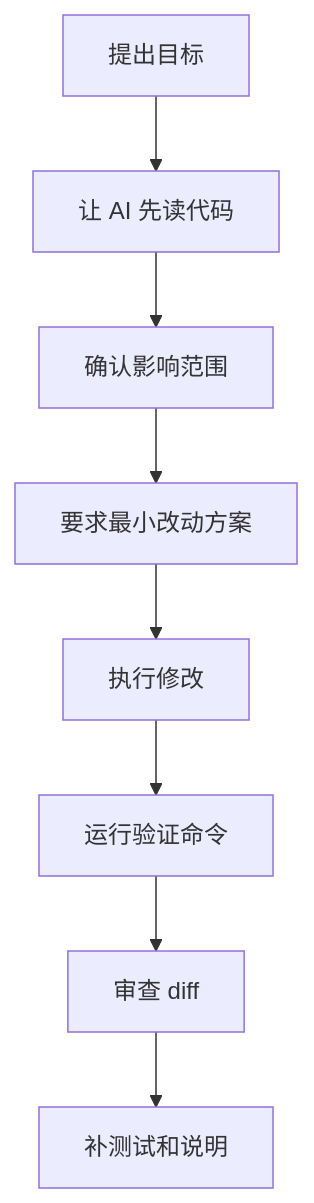
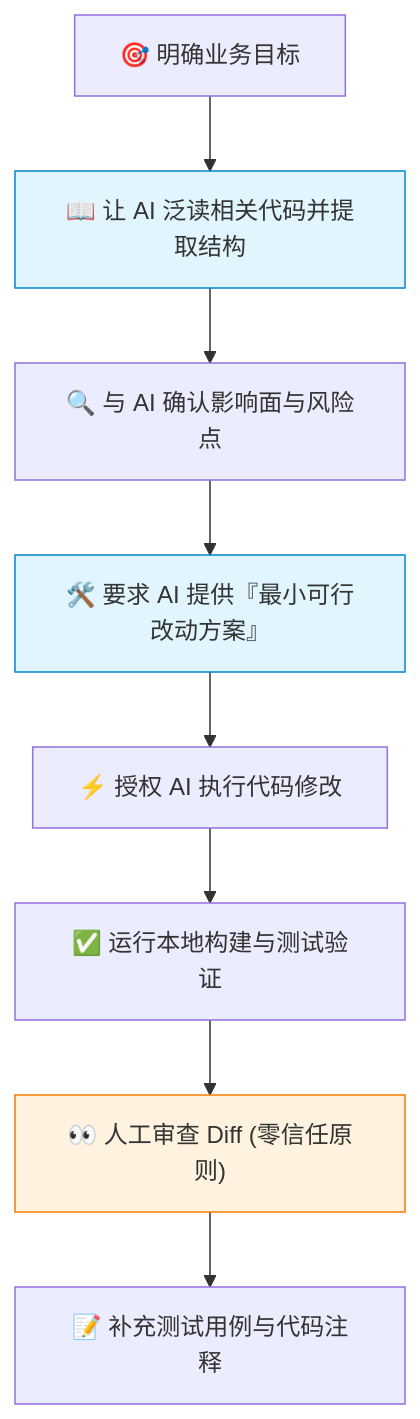
Before and after one commit to gouxinjie/gouxinjie.github.io: the diagram in docs/column/AIFuture/工具提效/AI编码助手实战指南.md, drawn with Mermaid. The commit also changed other lines of this file and 2 other files, not shown here.

````diff
--- a/docs/column/AIFuture/工具提效/AI编码助手实战指南.md
+++ b/docs/column/AIFuture/工具提效/AI编码助手实战指南.md
@@ -19,10 +28,14 @@
 ```mermaid
 flowchart TD
-  A["提出目标"] --> B["让 AI 先读代码"]
-  B --> C["确认影响范围"]
-  C --> D["要求最小改动方案"]
-  D --> E["执行修改"]
-  E --> F["运行验证命令"]
-  F --> G["审查 diff"]
-  G --> H["补测试和说明"]
+  A["🎯 明确业务目标"] --> B["📖 让 AI 泛读相关代码并提取结构"]
+  B --> C["🔍 与 AI 确认影响面与风险点"]
+  C --> D["🛠️ 要求 AI 提供『最小可行改动方案』"]
+  D --> E["⚡ 授权 AI 执行代码修改"]
+  E --> F["✅ 运行本地构建与测试验证"]
+  F --> G["👀 人工审查 Diff (零信任原则)"]
+  G --> H["📝 补充测试用例与代码注释"]
+
+  style B fill:#e1f5fe,stroke:#0288d1
+  style D fill:#e1f5fe,stroke:#0288d1
+  style G fill:#fff3e0,stroke:#f57c00
 ```
````
